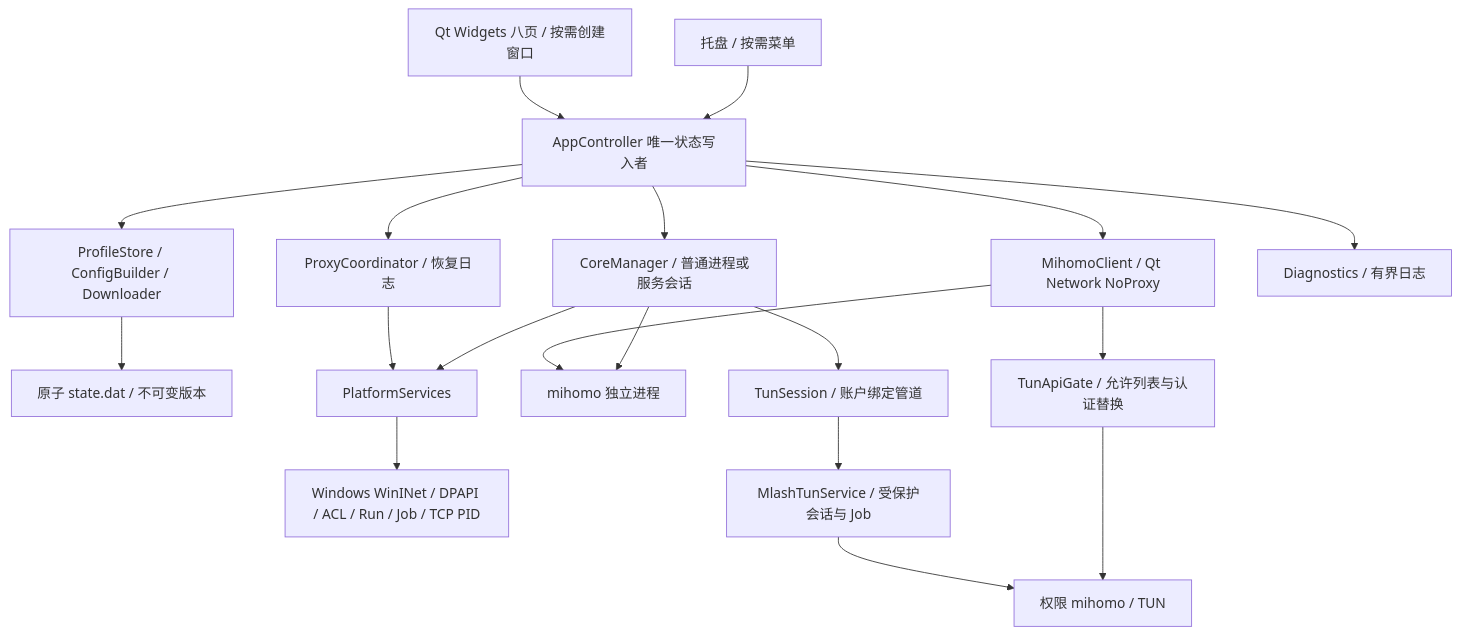
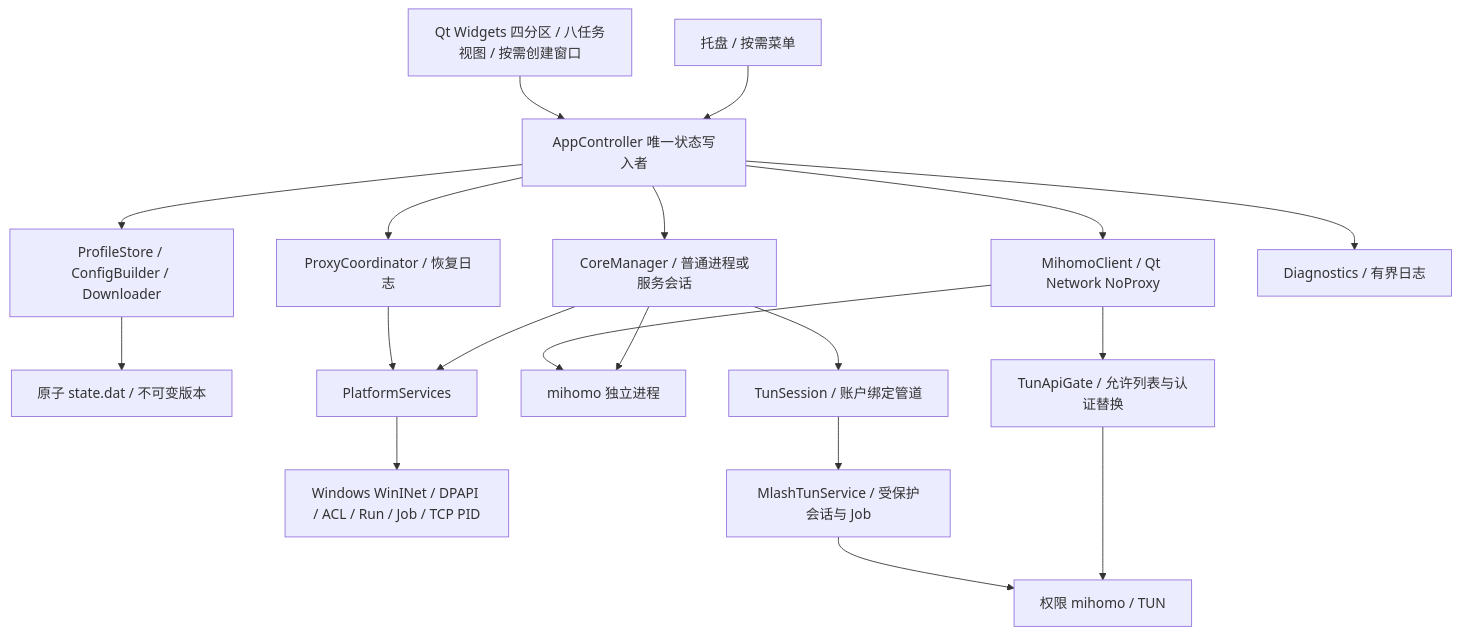
Before and after one commit to downdone/mlash: the diagram in docs/architecture.md, drawn with Mermaid. The commit also changed other lines of this file and 55 other files, not shown here.

````diff
--- a/docs/architecture.md
+++ b/docs/architecture.md
@@ -7,21 +7,21 @@
 ```mermaid
 flowchart TD
-  UI[Qt Widgets 八页 / 按需创建窗口] --> C[AppController 唯一状态写入者]
+  UI[Qt Widgets 四分区 / 八任务视图 / 按需创建窗口] --> C[AppController 唯一状态写入者]
   Tray[托盘 / 按需菜单] --> C
   C --> API[MihomoClient / Qt Network NoProxy]
   C --> CM[CoreManager / 普通进程或服务会话]
   C --> P[ProfileStore / ConfigBuilder / Downloader]
   C --> R[ProxyCoordinator / 恢复日志]
   C --> D[Diagnostics / 有界日志]
   P --> S[原子 state.dat / 不可变版本]
   R --> OS[PlatformServices]
   CM --> OS
   OS --> W[Windows WinINet / DPAPI / ACL / Run / Job / TCP PID]
   API --> Core[mihomo 独立进程]
   CM --> Core
   CM --> TS[TunSession / 账户绑定管道]
   TS --> SVC[MlashTunService / 受保护会话与 Job]
   SVC --> TC[权限 mihomo / TUN]
   API --> Gate[TunApiGate / 允许列表与认证替换]
   Gate --> TC
 ```
````
